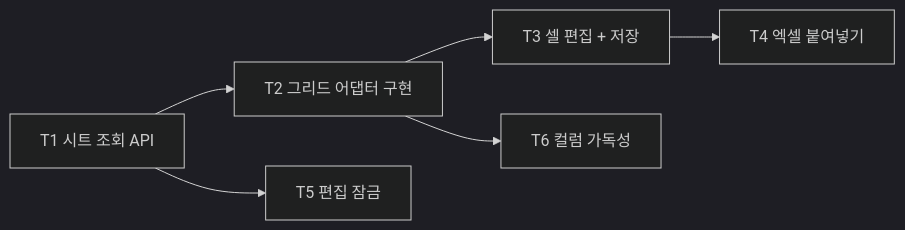
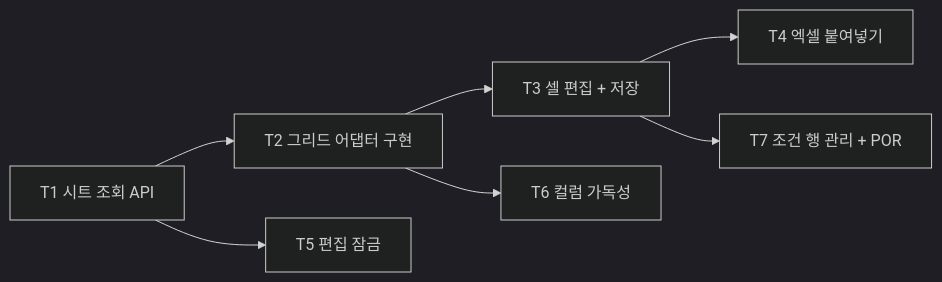
One commit to Middleages/process-condition-manager changed the diagram in plan/phase-2-tasks.md. Above: the diagram before and after it, drawn with Mermaid (dark theme). The commit also changed other lines of this file and 10 other files, not shown here.

````diff
--- a/plan/phase-2-tasks.md
+++ b/plan/phase-2-tasks.md
@@ -30,8 +31,9 @@
 ```mermaid
 flowchart LR
     T1[T1 시트 조회 API] --> T2[T2 그리드 어댑터 구현]
     T2 --> T3[T3 셀 편집 + 저장]
     T3 --> T4[T4 엑셀 붙여넣기]
     T1 --> T5[T5 편집 잠금]
     T2 --> T6[T6 컬럼 가독성]
+    T3 --> T7[T7 조건 행 관리 + POR]
 ```
````
